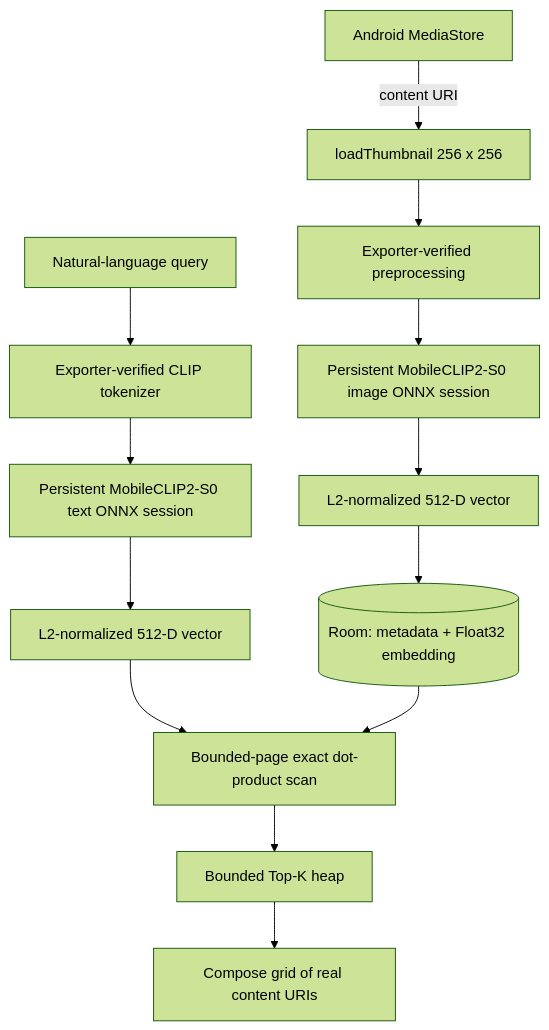
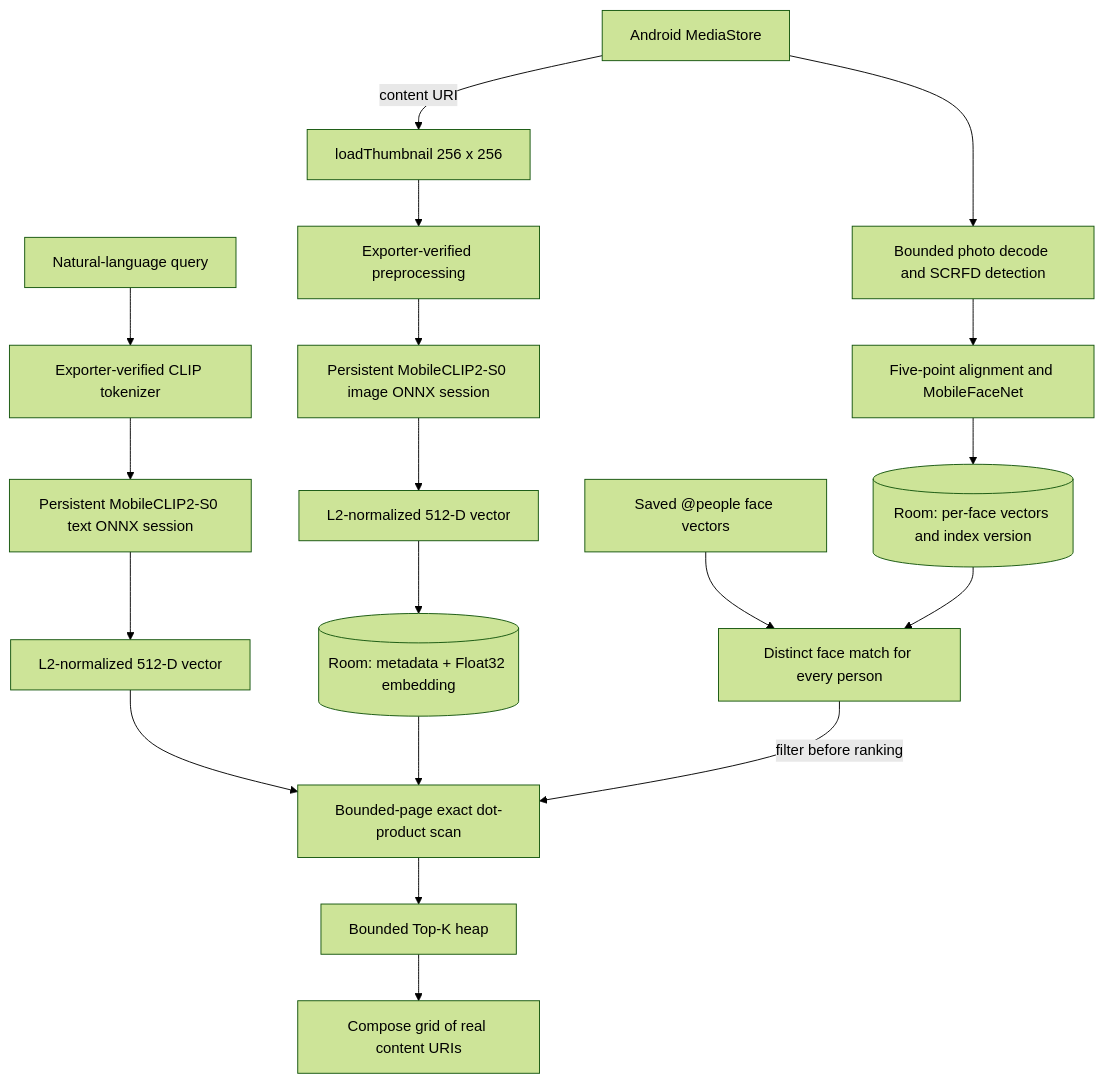
Before and after one commit to LeDatPhucAn/Mobile-Dev-Final: the diagram in README.md, drawn with Mermaid (forest theme). The commit also changed other lines of this file and 44 other files, not shown here.

````diff
--- a/README.md
+++ b/README.md
@@ -16,16 +16,22 @@
 ```mermaid
 flowchart TD
     MS[Android MediaStore] -->|content URI| TH[loadThumbnail 256 x 256]
     TH --> PRE[Exporter-verified preprocessing]
     PRE --> IE[Persistent MobileCLIP2-S0 image ONNX session]
     IE --> N1[L2-normalized 512-D vector]
     N1 --> DB[(Room: metadata + Float32 embedding)]
 
     Q[Natural-language query] --> TOK[Exporter-verified CLIP tokenizer]
     TOK --> TE[Persistent MobileCLIP2-S0 text ONNX session]
     TE --> N2[L2-normalized 512-D vector]
     N2 --> SCAN[Bounded-page exact dot-product scan]
     DB --> SCAN
+    MS --> FD[Bounded photo decode and SCRFD detection]
+    FD --> FA[Five-point alignment and MobileFaceNet]
+    FA --> FDB[(Room: per-face vectors and index version)]
+    P[Saved @people face vectors] --> MATCH[Distinct face match for every person]
+    FDB --> MATCH
+    MATCH -->|filter before ranking| SCAN
     SCAN --> TOPK[Bounded Top-K heap]
     TOPK --> UI[Compose grid of real content URIs]
 ```
````
